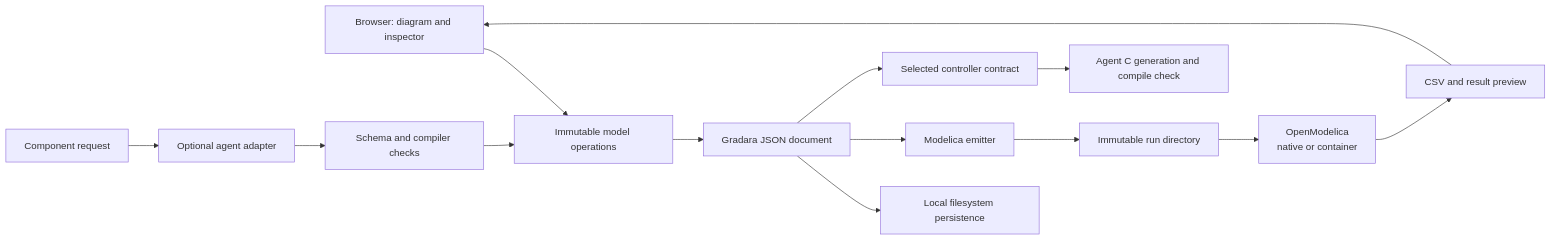
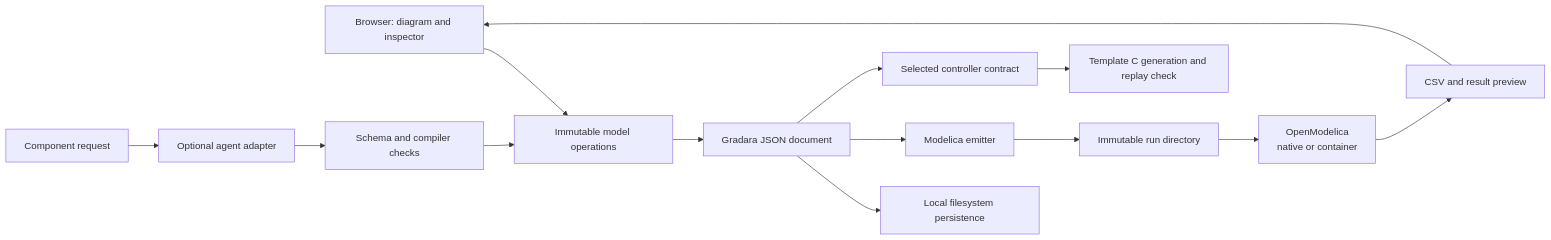
The diagram in ARCHITECTURE.md (edgaralejod/gradara), drawn with Mermaid before and after one commit. The commit also changed other lines of this file and 25 other files, not shown here.

````diff
--- a/ARCHITECTURE.md
+++ b/ARCHITECTURE.md
@@ -30,16 +30,16 @@
 ```mermaid
 flowchart LR
     UI[Browser: diagram and inspector] --> CMD[Immutable model operations]
     CMD --> DOC[Gradara JSON document]
     DOC --> SAVE[Local filesystem persistence]
     DOC --> EMIT[Modelica emitter]
     EMIT --> JOB[Immutable run directory]
     JOB --> OM[OpenModelica<br>native or container]
     OM --> RESULT[CSV and result preview]
     RESULT --> UI
     ASK[Component request] --> AGENT[Optional agent adapter]
     AGENT --> CHECK[Schema and compiler checks]
     CHECK --> CMD
     DOC --> EXPORT[Selected controller contract]
-    EXPORT --> C[Agent C generation and compile check]
+    EXPORT --> C[Template C generation and replay check]
 ```
````
